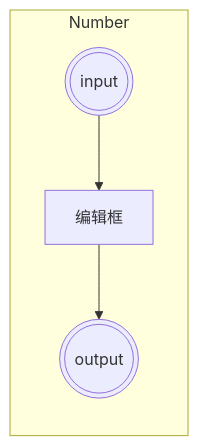
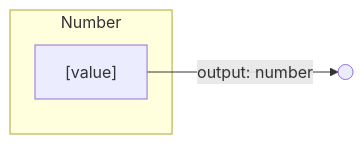
One commit to sisi0318/tool-website changed the second of 7 diagrams in docs/product/low-code-canvas.md. Above: the diagram before and after it, drawn with Mermaid. The commit also changed other lines of this file and 3 other files, not shown here.

````diff
--- a/docs/product/low-code-canvas.md
+++ b/docs/product/low-code-canvas.md
@@ -61,7 +58,7 @@
 ```mermaid
 graph LR
     subgraph NumberNode ["Number"]
-        in((("input"))) --> value["编辑框"]
-        value --> out((("output")))
+        value["[value]"]
     end
+    value -->|"output: number"| out(( ))
 ```
````
